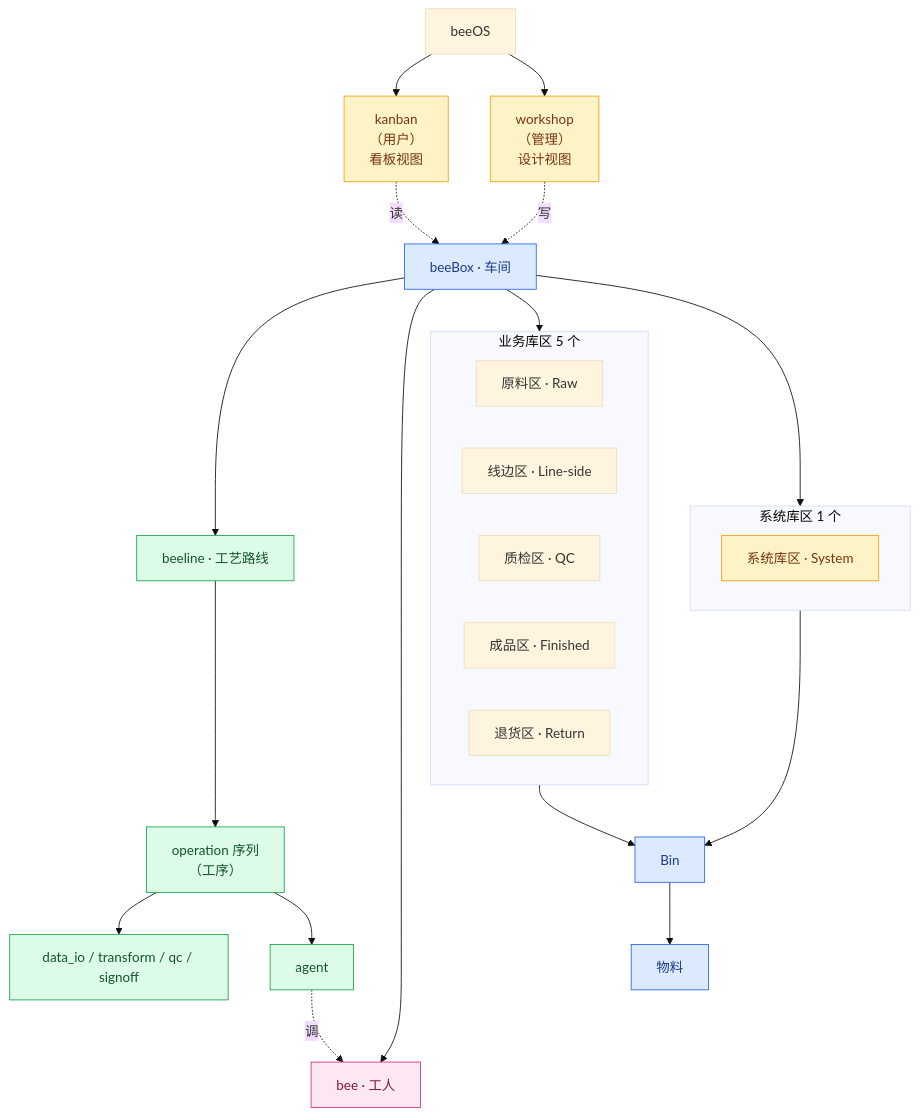
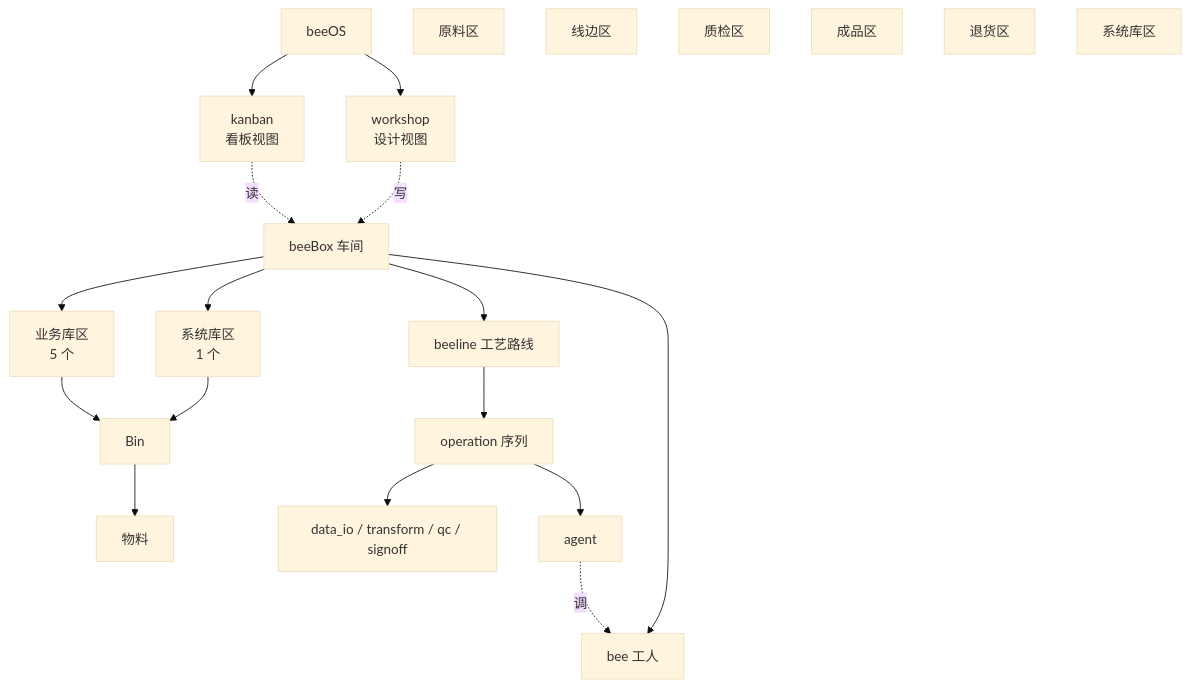
The first of 3 diagrams in docs/architecture/kernel-design.md (chehuizi/beeOS), drawn with Mermaid (base theme) before and after one commit. The commit also changed other lines of this file, not shown here.

Commit message:
docs: §4 树形图简化——去 subgraph/classDef/中文括号/·
之前 §4 mermaid 块有大量中文特殊字符（·、括号、<br/>）+ subgraph + classDef，
GitHub mermaid 渲染器可能不识别——块显示成 raw 源码。

简化：保留最基础节点+箭头，去所有可能失败的语法。
详细信息（库区说明、Bin 描述）在 §4 文字 + §0 一句话里。

````diff
--- a/docs/architecture/kernel-design.md
+++ b/docs/architecture/kernel-design.md
@@ -16,57 +16,42 @@
 ```mermaid
 graph TB
     beeOS["beeOS"]
 
-    kanban["kanban<br/>（用户）<br/>看板视图"]
-    workshop["workshop<br/>（管理）<br/>设计视图"]
+    kanban["kanban<br/>看板视图"]
+    workshop["workshop<br/>设计视图"]
 
-    beeBox["beeBox · 车间"]
+    beeBox["beeBox 车间"]
     bins["Bin"]
     materials["物料"]
-    beeline["beeline · 工艺路线"]
-    operations["operation 序列<br/>（工序）"]
+    beeline["beeline 工艺路线"]
+    operations["operation 序列"]
     opBasic["data_io / transform / qc / signoff"]
     opAgent["agent"]
-    bee["bee · 工人"]
+    bee["bee 工人"]
 
-    subgraph bizZones["业务库区 5 个"]
-        raw["原料区 · Raw"]
-        line["线边区 · Line-side"]
-        qc["质检区 · QC"]
-        finished["成品区 · Finished"]
-        ret["退货区 · Return"]
-    end
-
-    subgraph sysZones["系统库区 1 个"]
-        system["系统库区 · System"]
-    end
+    bizZones["业务库区<br/>5 个"]
+    sysZones["系统库区<br/>1 个"]
+    raw["原料区"]
+    line["线边区"]
+    qc["质检区"]
+    finished["成品区"]
+    ret["退货区"]
+    system["系统库区"]
 
     beeOS --> kanban
     beeOS --> workshop
     kanban -.读.-> beeBox
     workshop -.写.-> beeBox
 
     beeBox --> bizZones
     beeBox --> sysZones
     bizZones --> bins
     sysZones --> bins
     bins --> materials
     beeBox --> beeline
     beeBox --> bee
     beeline --> operations
     operations --> opBasic
     operations --> opAgent
     opAgent -.调.-> bee
-
-    classDef console fill:#fef3c7,stroke:#f59e0b,color:#78350f
-    classDef box fill:#dbeafe,stroke:#2563eb,color:#1e3a8a
-    classDef flow fill:#dcfce7,stroke:#16a34a,color:#14532d
-    classDef worker fill:#fce7f3,stroke:#db2777,color:#831843
-    classDef sys fill:#fef3c7,stroke:#f59e0b,color:#78350f
-
-    class kanban,workshop console
-    class beeBox,bins,materials box
-    class beeline,operations,opBasic,opAgent flow
-    class bee worker
-    class system sys
 ```
````
